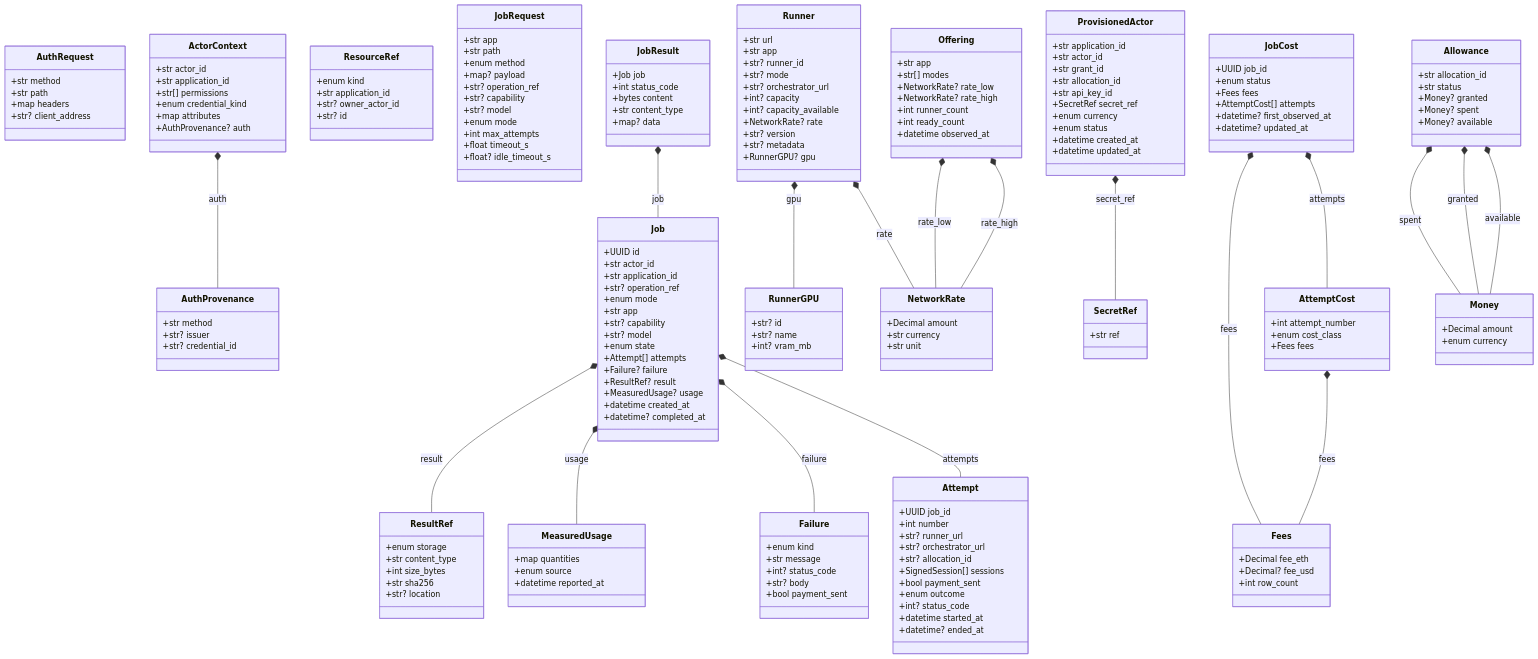
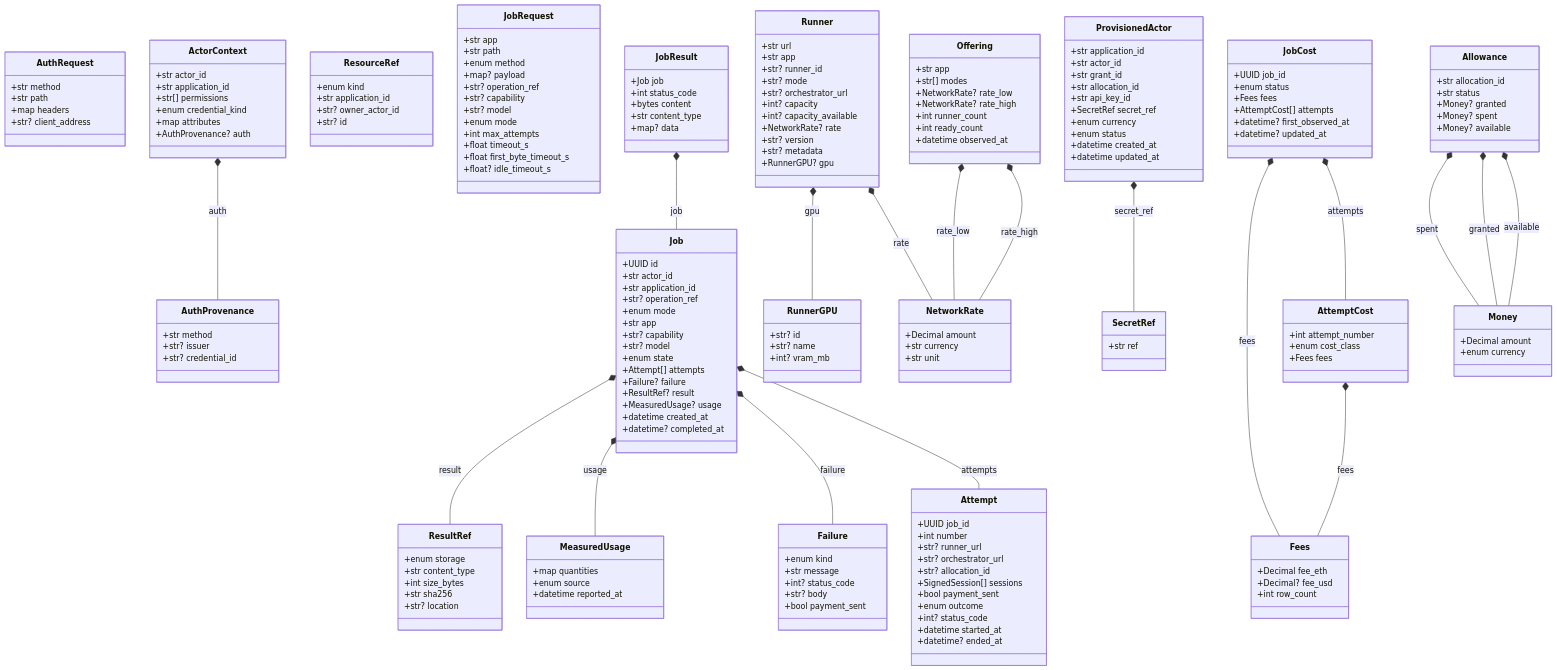
One commit to NE-Build-Track/livepeer-builder-core changed the diagram in docs/generated/contracts.md. Above: the diagram before and after it, drawn with Mermaid. The commit also changed 10 other files, not shown here.

```diff
--- a/docs/generated/contracts.md
+++ b/docs/generated/contracts.md
@@ -42,6 +42,7 @@
         +enum mode
         +int max_attempts
         +float timeout_s
+        +float first_byte_timeout_s
         +float? idle_timeout_s
     }
     class Job {
```
